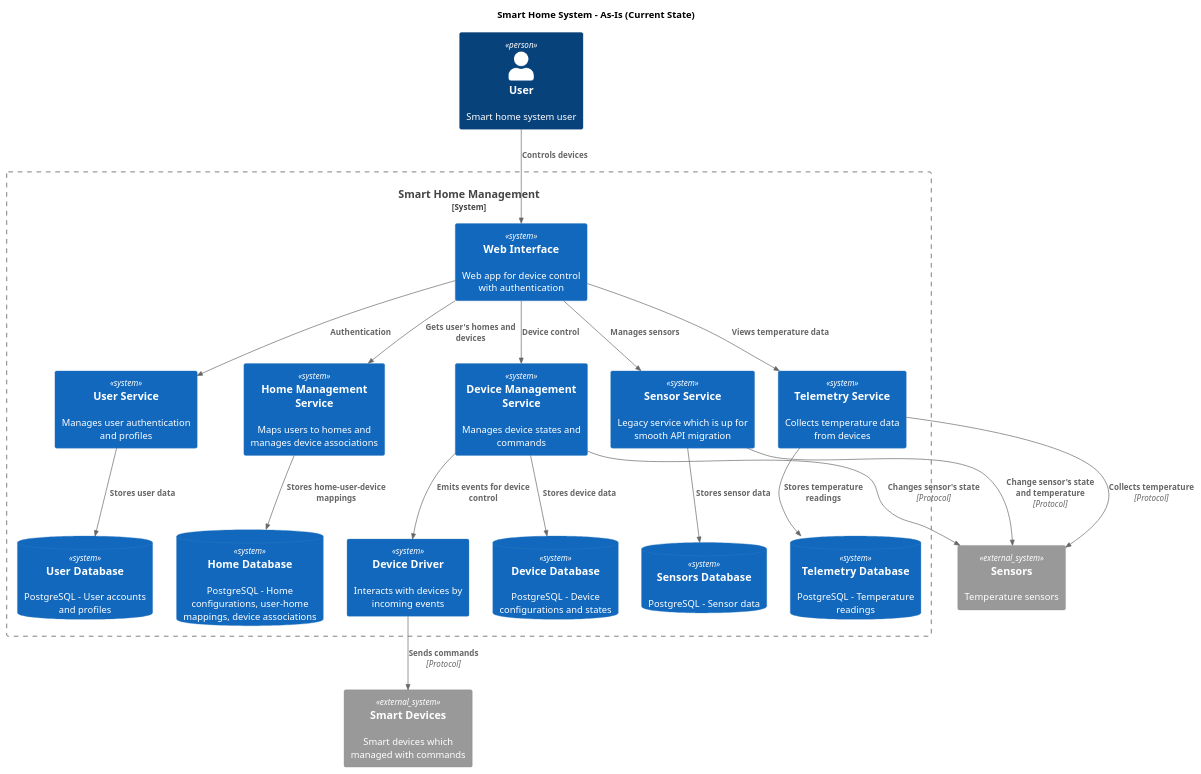
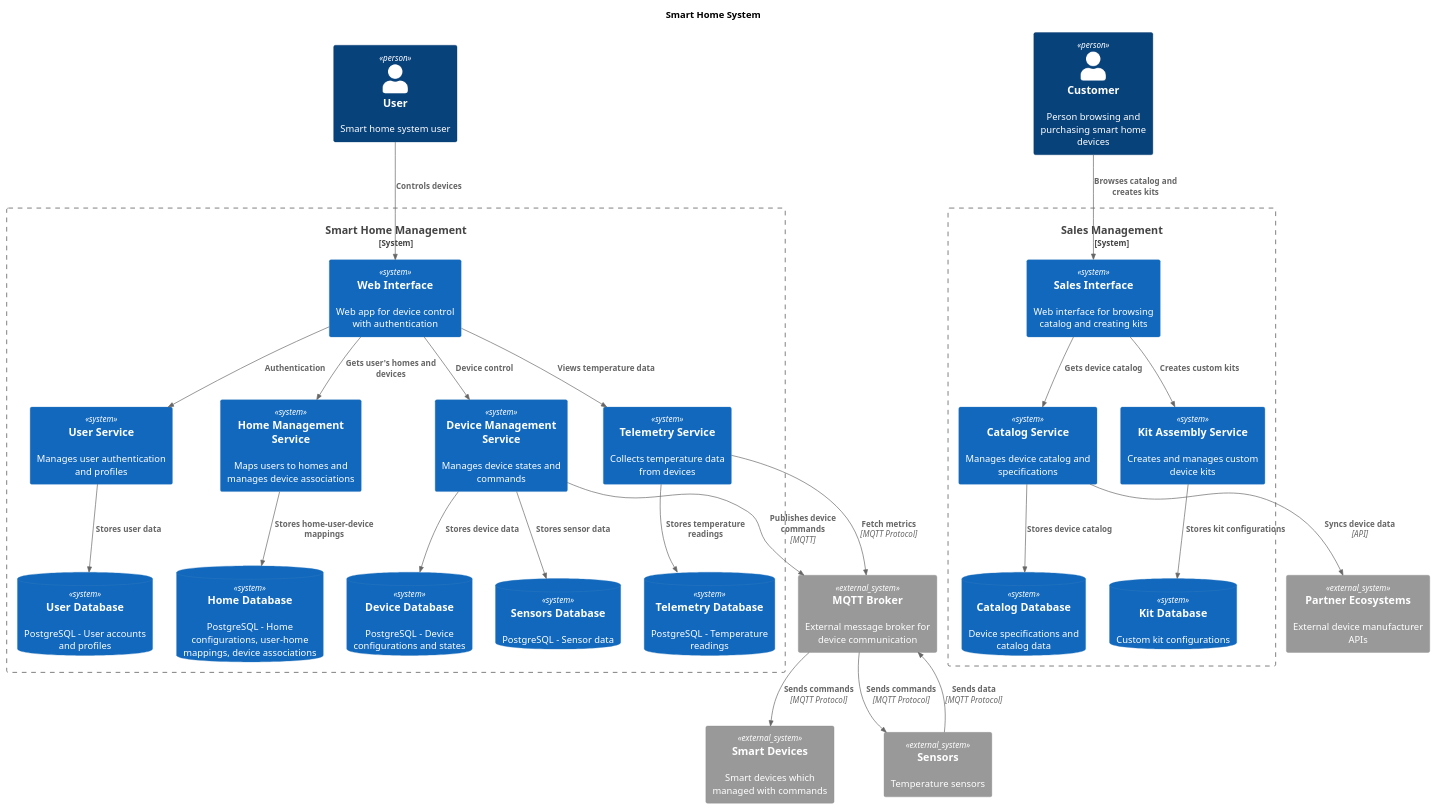
Before and after one commit to Ayrtat/architecture-pro-warmhouse: the diagram in diagrams/microservices/containers/containers_smart_home.puml, drawn with PlantUML. The commit also changed 41 other files, not shown here.

```diff
--- a/diagrams/microservices/containers/containers_smart_home.puml
+++ b/diagrams/microservices/containers/containers_smart_home.puml
@@ -1,50 +1,76 @@
 @startuml
 !include https://raw.githubusercontent.com/plantuml-stdlib/C4-PlantUML/master/C4_Context.puml
 
-title Smart Home System - As-Is (Current State)
+title Smart Home System
+
+' Smart Home
 
 Person(user, "User", "Smart home system user")
 
 System_Boundary(smartHomeDomain, "Smart Home Management") {
     
     System(userService, "User Service", "Manages user authentication and profiles")
     System(homeService, "Home Management Service", "Maps users to homes and manages device associations")
     System(deviceManagementService, "Device Management Service", "Manages device states and commands")
-    System(sensorService, "Sensor Service", "Legacy service which is up for smooth API migration")
     System(telemetryService, "Telemetry Service", "Collects temperature data from devices")
     
-    System(deviceDriver, "Device Driver", "Interacts with devices by incoming events")
     System(webInterface, "Web Interface", "Web app for device control with authentication")
     
     SystemDb(userDb, "User Database", "PostgreSQL - User accounts and profiles")
     SystemDb(homeDb, "Home Database", "PostgreSQL - Home configurations, user-home mappings, device associations")
     SystemDb(deviceDb, "Device Database", "PostgreSQL - Device configurations and states")
     SystemDb(telemetryDb, "Telemetry Database", "PostgreSQL - Temperature readings")
     SystemDb(sensorDB, "Sensors Database", "PostgreSQL - Sensor data")
 }
 
+System_Ext(mqttBroker, "MQTT Broker", "External message broker for device communication")
 System_Ext(smartDevices, "Smart Devices", "Smart devices which managed with commands")
 System_Ext(sensors, "Sensors", "Temperature sensors")
 
 Rel(user, webInterface, "Controls devices")
 
 Rel(webInterface, userService, "Authentication")
 Rel(webInterface, homeService, "Gets user's homes and devices")
 Rel(webInterface, deviceManagementService, "Device control")
 Rel(webInterface, telemetryService, "Views temperature data")
-Rel(webInterface, sensorService, "Manages sensors")
 
 Rel(userService, userDb, "Stores user data")
 Rel(homeService, homeDb, "Stores home-user-device mappings")
 Rel(deviceManagementService, deviceDb, "Stores device data")
+Rel(deviceManagementService, sensorDB, "Stores sensor data")
 Rel(telemetryService, telemetryDb, "Stores temperature readings")
-Rel(sensorService, sensorDB, "Stores sensor data")
 
-Rel(deviceManagementService, deviceDriver, "Emits events for device control")
-Rel(deviceDriver, smartDevices, "Sends commands", "Protocol")
+Rel(deviceManagementService, mqttBroker, "Publishes device commands", "MQTT")
+Rel(mqttBroker, smartDevices, "Sends commands", "MQTT Protocol")
 
-Rel(deviceManagementService, sensors, "Changes sensor's state", "Protocol")
-Rel(telemetryService, sensors, "Collects temperature", "Protocol")
-Rel(sensorService, sensors, "Change sensor's state and temperature", "Protocol")
+Rel(mqttBroker, sensors, "Sends commands", "MQTT Protocol")
+Rel(sensors, mqttBroker, "Sends data", "MQTT Protocol")
+
+Rel(telemetryService, mqttBroker, "Fetch metrics", "MQTT Protocol")
+
+' Sales
+
+Person(customer, "Customer", "Person browsing and purchasing smart home devices")
+
+System_Boundary(salesDomain, "Sales Management") {
+    System(salesInterface, "Sales Interface", "Web interface for browsing catalog and creating kits")
+    System(catalogService, "Catalog Service", "Manages device catalog and specifications")
+    System(kitAssemblyService, "Kit Assembly Service", "Creates and manages custom device kits")
+
+    SystemDb(catalogDb, "Catalog Database", "Device specifications and catalog data")
+    SystemDb(kitDb, "Kit Database", "Custom kit configurations")
+}
+
+System_Ext(partnerEcosystems, "Partner Ecosystems", "External device manufacturer APIs")
+
+Rel(customer, salesInterface, "Browses catalog and creates kits")
+
+Rel(salesInterface, catalogService, "Gets device catalog")
+Rel(salesInterface, kitAssemblyService, "Creates custom kits")
+
+Rel(catalogService, catalogDb, "Stores device catalog")
+Rel(catalogService, partnerEcosystems, "Syncs device data", "API")
+
+Rel(kitAssemblyService, kitDb, "Stores kit configurations")
 
 @enduml
```
